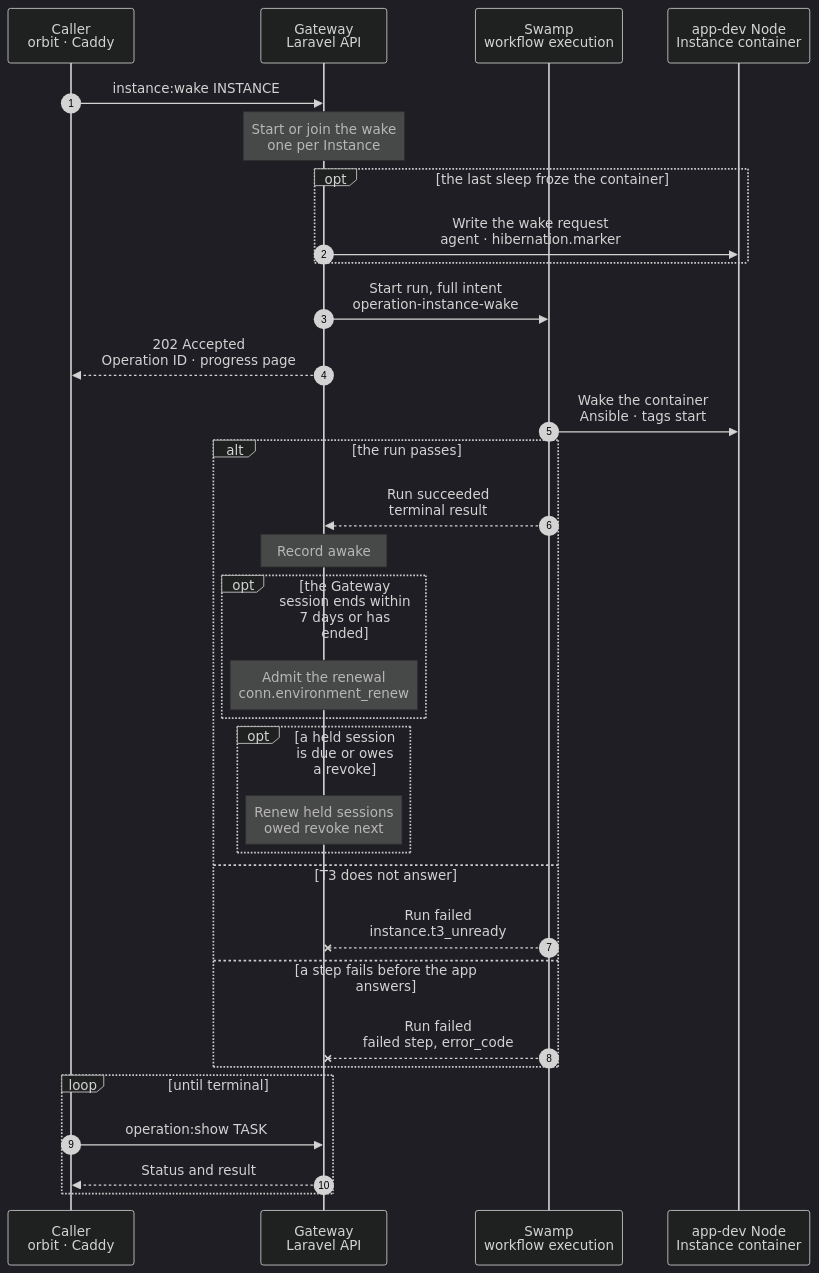
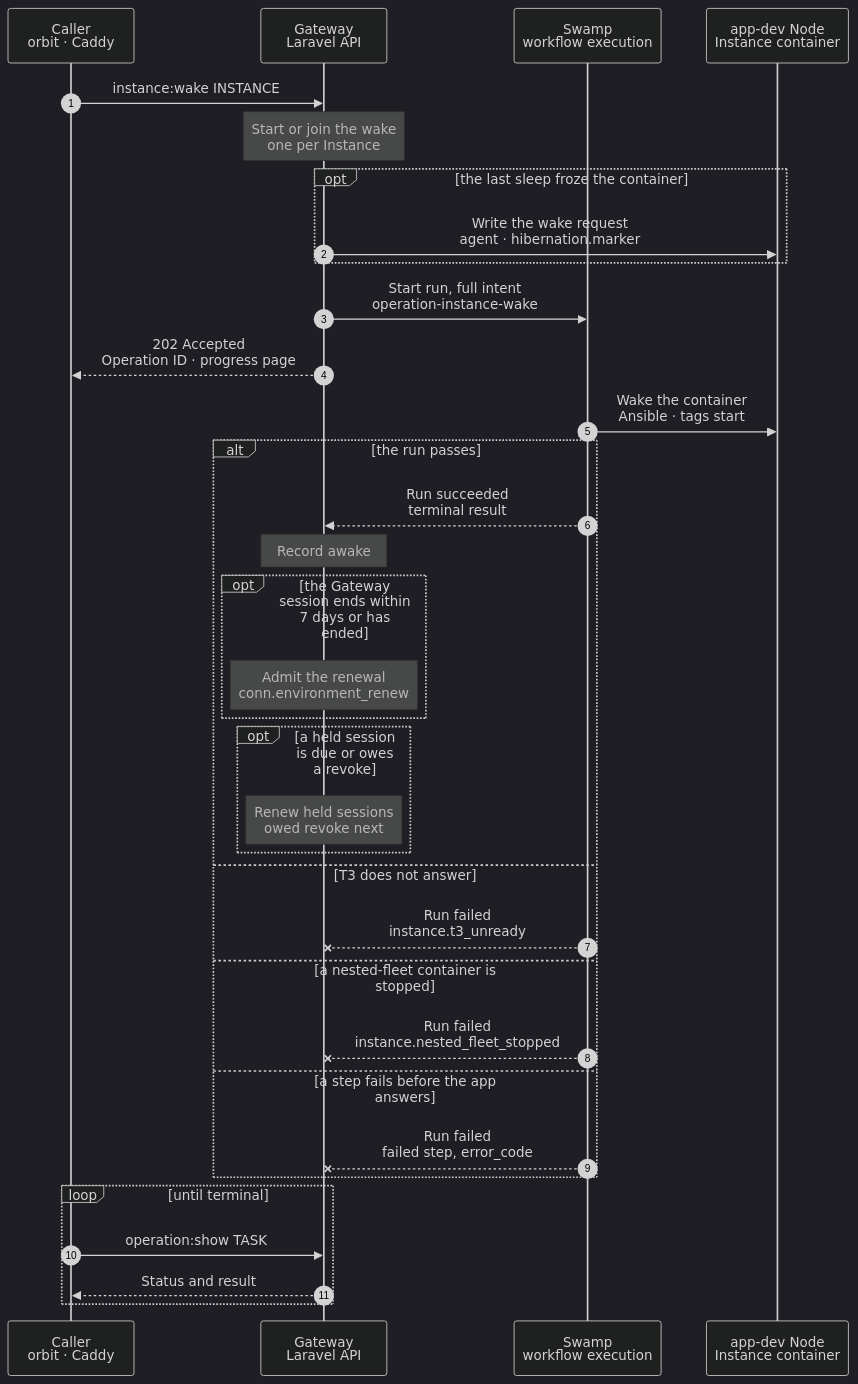
One commit to hardimpactdev/orbit changed the diagram in docs/cli/instance/wake.mmd. Above: the diagram before and after it, drawn with Mermaid (dark theme). The commit also changed 13 other files, not shown here.

First line of the commit message:
docs: defaults and nested-fleet Instances sleep under the idle rule

```diff
--- a/docs/cli/instance/wake.mmd
+++ b/docs/cli/instance/wake.mmd
@@ -1,121 +1,131 @@
 sequenceDiagram
-  %% Container runtime (ADR 0250 step 8, docs/reference/development-containers.md#sleep-and-wake): resume a sleeping development container, or start one that was stopped. A request to its Route admits the same kind through the runtime activation endpoint of docs/reference/app-dev-runtime-hibernation.md#wake.
+  %% Container runtime (ADR 0250 step 8, docs/reference/development-containers.md#sleep-and-wake): resume a sleeping development container, or start one that was stopped. Defaults and nested-fleet Instances wake under the same rule as clones (owner decision 2026-11-14); a stopped nested-fleet Instance is never booted here. A request to its Route admits the same kind through the runtime activation endpoint of docs/reference/app-dev-runtime-hibernation.md#wake.
   %% status: draft
   %% command: instance:wake
   %% kind: instance.wake
   autonumber
   %% lane CL icon=terminal pill=caller tone=gray
   %% lane GW icon=gateway pill=intent tone=blue
   %% lane SW icon=workflow pill=executes tone=green
   %% lane N icon=server pill=target tone=amber
   participant CL as Caller<br/>orbit · Caddy
   participant GW as Gateway<br/>Laravel API
   participant SW as Swamp<br/>workflow execution
   participant N as app-dev Node<br/>Instance container
   CL->>GW: instance:wake INSTANCE
   %%> Command:
   %%> - `orbit instance:wake INSTANCE`
   %%> - syntax: `<instance-id> [--json]`
   %%> Callers:
   %%> - the command
   %%> - Caddy on the Instance's Node, when a request finds the asleep marker: `GET runtime-activations/app-instance/ID`
   %%> - planned: a Conn device that opens the T3 server, and the task flow before a turn on an attached Instance
-  %%> - a deployment of a sleeping default starts it in its own run instead
+  %%> - not needed by a copy: a clone or task copy of an asleep default copies its seed snapshot
+  %%> - a deployment of a sleeping Instance resumes or starts it in its own run, and removes the marker there
   %%> Requirements:
   %%> - the caller is the Instance's Node or has node access to it
   Note over GW: Start or join the wake<br/>one per Instance
   %%> When:
-  %%> - an active development container that is not a nested-fleet Instance
-  %%> - a clone of a nested-fleet default takes its start instead: see instance/start.mmd
+  %%> - an active development container, a default and a nested-fleet Instance included
+  %%> - a nested-fleet Instance takes the wake only when its last sleep froze it and no wake since found it stopped; otherwise a nested-fleet clone takes its start (instance/start.mmd) and a nested-fleet default refuses: only its deployment starts it
   %%> Result:
   %%> - an open wake of the Instance is joined: a second caller gets the same Operation, Caddy the same progress page
   %%> - after a failed wake, Caddy gets the failure page with Try again until a retry or the command starts a new wake
   %%> On failure:
-  %%> - no container, a nested-fleet Instance or other lifecycle work starts no run
+  %%> - no container, a non-development Instance, a nested-fleet default whose last sleep did not freeze it, or other lifecycle work starts no run
   opt the last sleep froze the container
     %% path: resume
     GW->>N: Write the wake request<br/>agent · hibernation.marker
     %%> What it does:
     %%> - the Operation is recorded without its run; the Node calls run after its commit
     %%> - the frozen agent's `hibernation.marker` writes `/dev/shm/orbit/hibernation/app-instance-<id>.wake`; only root writes in that folder
-    %%> - the app-dev role's script, started by a systemd path unit, acts only on `instance-<id>` of `orbit-instances` found Frozen with its asleep marker and a request under 1 s old: `incus resume`, `memory.swap.max` 0, one request to FrankenPHP for an answer below 500 (1.5 s at most), then it removes the marker, writes `app-instance-<id>.resumed`, and rebuilds a stale library cache and CA bundle as the run does
+    %%> - the app-dev role's script, started by a systemd path unit, acts only on `instance-<id>` of `orbit-instances` or `orbit-instances-nested` found Frozen with its asleep marker and a request under 1 s old: `incus resume`, `memory.swap.max` 0 on the container's cgroup and on each cgroup the sleep recorded in `app-instance-<id>.swap`, one request to FrankenPHP for an answer below 500 (1.5 s at most), then it removes the marker, writes `app-instance-<id>.resumed`, and rebuilds a stale library cache and CA bundle as the run does
     %%> - the Gateway reads the request folder and the marker with `hibernation.times` until the resume shows, within 3 s
     %%> Why:
     %%> - measured on a frozen clone: the resume takes 0.02 s and the web probe 0.4 s, but the run's start-up and playbook took 8-13 s of the 9-19 s a visitor waited
     %%> - the agent stays frozen (ADR 0253): two of its existing commands carry the request and the answer
     %%> Result:
     %%> - resumed: the Operation succeeds here with `wake: resumed`, `trigger_seconds` and `confirm_seconds`; `power_state` is `running`; Conn's renewal below runs as after a run
     %%> - Caddy gets 307 to the same path: the browser sends the request again, with its method and body, and gets the app
     %%> - an API caller gets 202 with the ended Operation
     %%> - a caller who joins this wake waits for it up to the bound, then gets the same answer
     %%> On failure:
     %%> - the Node has no script (its first read also asks for it; the Node then skips this path for 10 minutes), the script declined (another state, FrankenPHP silent), an agent call or the Gateway failed, or the bound passed: the Gateway removes the request, and the same Operation starts the run below
     %%> - a Gateway worker that dies here: a delayed start runs the same Operation's run 15 s later
     %%> - a cancel during the resume keeps the Operation cancelled
   end
   GW->>SW: Start run, full intent<br/>operation-instance-wake
   GW-->>CL: 202 Accepted<br/>Operation ID · progress page
   SW->>N: Wake the container<br/>Ansible · tags start
   %%> What it does:
-  %%> - Frozen: `incus resume`, `memory.swap.max` back to 0, FrankenPHP gets 10 tries 1 s apart; nothing boots and nothing converges, `wake: resumed`
-  %%> - Frozen and FrankenPHP silent: `incus stop --force`, then the boot below, `wake: restarted_after_resume`
-  %%> - Stopped (after a host reboot or a sleep that fell back to a stop): the boot below, `wake: started`
+  %%> - Frozen: `incus resume`, `memory.swap.max` back to 0 on the container's cgroup and on each cgroup the sleep recorded, FrankenPHP gets 10 tries 1 s apart; nothing boots and nothing converges, `wake: resumed`
+  %%> - a nested-fleet Instance resumes with its inner fleet, `wg-nested` and the Club key in /run: a freeze keeps them, so the wake starts and checks no fleet
+  %%> - Frozen and FrankenPHP silent: `incus stop --force`, then the boot below, `wake: restarted_after_resume`; a nested-fleet Instance is never stopped: the wake fails `instance.web_unready`
+  %%> - Stopped (after a host reboot or a sleep that fell back to a stop): the boot below, `wake: started`; a nested-fleet Instance is never booted here: see the branch below
   %%> - Running (after a reboot with `boot.autostart`): no start and no resume, `wake: already_running`
   %%> - a Frozen container without the marker is resumed; the result says `marker_found: false`
   %%> - before the boot, the presented machine name: a stopped container gets `/etc/hostname`, `/etc/machine-info` and the `127.0.1.1` line of `/etc/hosts` through the file API before the boot, so the boot gives the kernel and T3 the name; a running or frozen container gets nothing, and nothing restarts
   %%> - boot: `incus start`; nftables, T3, FrankenPHP and the enabled Process units start with the container
   %%> - waits until each desired-running unit is active, then until FrankenPHP answers, else `instance.web_unready`
   %%> - a 5xx answer gets up to 5 s to clear; an app that answers 5xx by itself is then served as it is
   %%> - removes the asleep marker, so Caddy sends the next request to the app
   %%> - then rebuilds the container's library cache with `ldconfig -X` when it lacks a soname of the runtime folder (a converge cannot exec in a frozen container); a failed check fails nothing
   %%> - then runs `update-ca-certificates` when the CA bundle lacks the container's Orbit root (the converge writes the root's file, but a frozen container refuses the exec); a container without the file skips it
-  %%> - then waits up to 30 s for T3's environment endpoint in a clone, else `instance.t3_unready`
+  %%> - then waits up to 30 s for T3's environment endpoint in an Instance with a T3 server, else `instance.t3_unready`; a default has none and ends with the app
   %%> Why:
   %%> - one playbook: a second Ansible start costs about 4 s on the visitor's path
   %%> - the visitor waits for the app, not for T3; T3 gates only the Operation's end
   %%> - unit enablement holds each Process's desired state, so a stopped Process stays stopped
   %%> When:
   %%> - the marker part runs only in a start whose intent names the marker; a deployment's start has none
   alt the run passes
     %% path: main
     SW-->>GW: Run succeeded<br/>terminal result
     Note over GW: Record awake
     %%> Result:
     %%> - the runtime's `power_state` is `running`; the Conn layer shows the T3 server awake
     %%> - the result names the path, `marker_found`, and a resume's `resume_seconds` and `web_probe_seconds`
     %%> - the progress page loads the original path
     opt the Gateway session ends within 7 days or has ended
       Note over GW: Admit the renewal<br/>conn.environment_renew
       %%> When:
       %%> - after the wake's transaction; it never fails the wake
       %%> What it does:
       %%> - see conn/environment-renew.mmd; the run needs no old session, so a session that ended during the sleep renews too
     end
     opt a held session is due or owes a revoke
       Note over GW: Renew held sessions<br/>owed revoke next
       %%> When:
       %%> - after the wake's transaction, while the Gateway session has not ended; it never fails the wake
       %%> What it does:
       %%> - see conn/session-hold.mmd: one renewal per held session that ends within seven days
       %%> - and the server's next owed held revoke (conn/pairing-revoke.mmd), which waited while the Instance slept
     end
   else T3 does not answer
     %% path: t3-unready
     SW--xGW: Run failed<br/>instance.t3_unready
     %%> Result:
     %%> - the Operation fails; the marker is gone and the Route serves the app
     %%> - the runtime's `power_state` is `running`, because the container runs
     %%> Retry:
     %%> - the same command; a start of a running container changes nothing
+  else a nested-fleet container is stopped
+    %% path: nested-stopped
+    SW--xGW: Run failed<br/>instance.nested_fleet_stopped
+    %%> Why:
+    %%> - a host reboot or a stop ended the freeze; a boot without the Club key and `wg-nested` gives a fleet that cannot pass Doctor
+    %%> Result:
+    %%> - nothing boots; the marker stays and `power_state` stays `stopped`
+    %%> - the sleep no longer counts as frozen: the next wake of a clone takes its start, which removes the marker; a default starts only by its deployment
   else a step fails before the app answers
     %% path: failed
     SW--xGW: Run failed<br/>failed step, error_code
     %%> Result:
     %%> - the asleep marker stays; the Route shows the failure page with Try again
     %%> Retry:
     %%> - Try again or the same command; a start of a running container changes nothing
   end
   loop until terminal
     CL->>GW: operation:show TASK
     GW-->>CL: Status and result
   end
```
